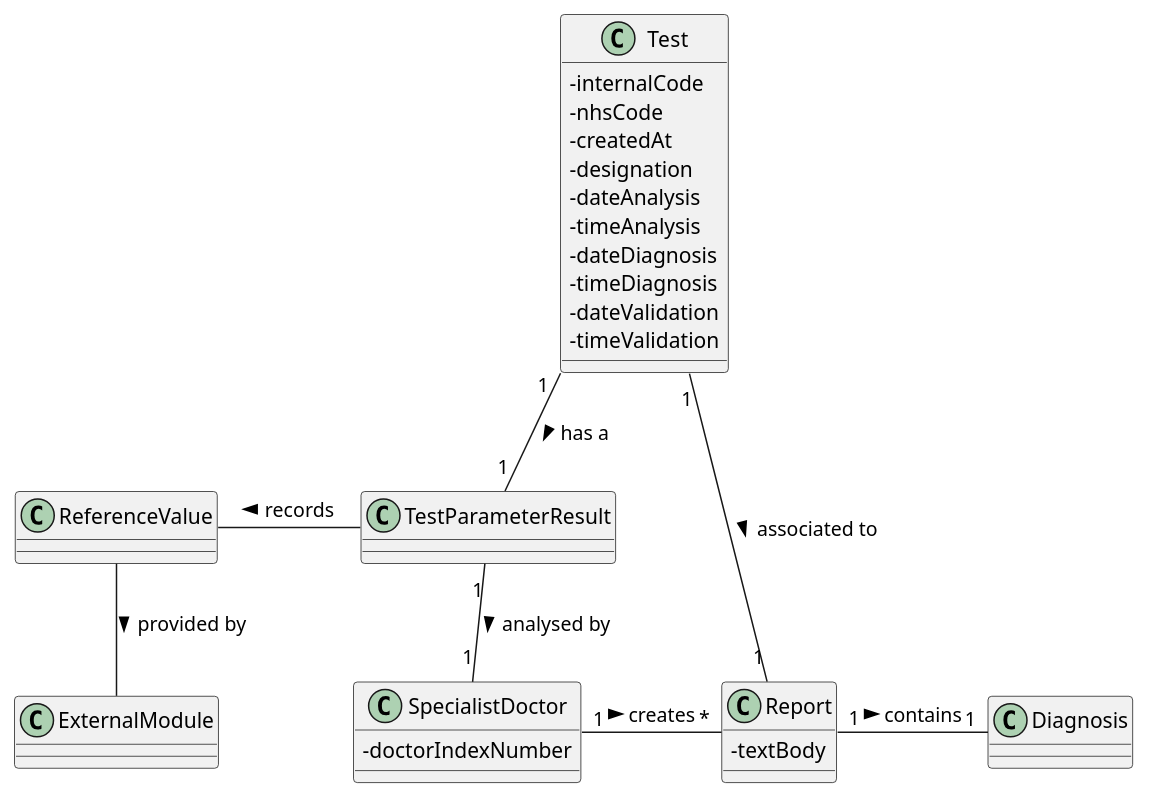
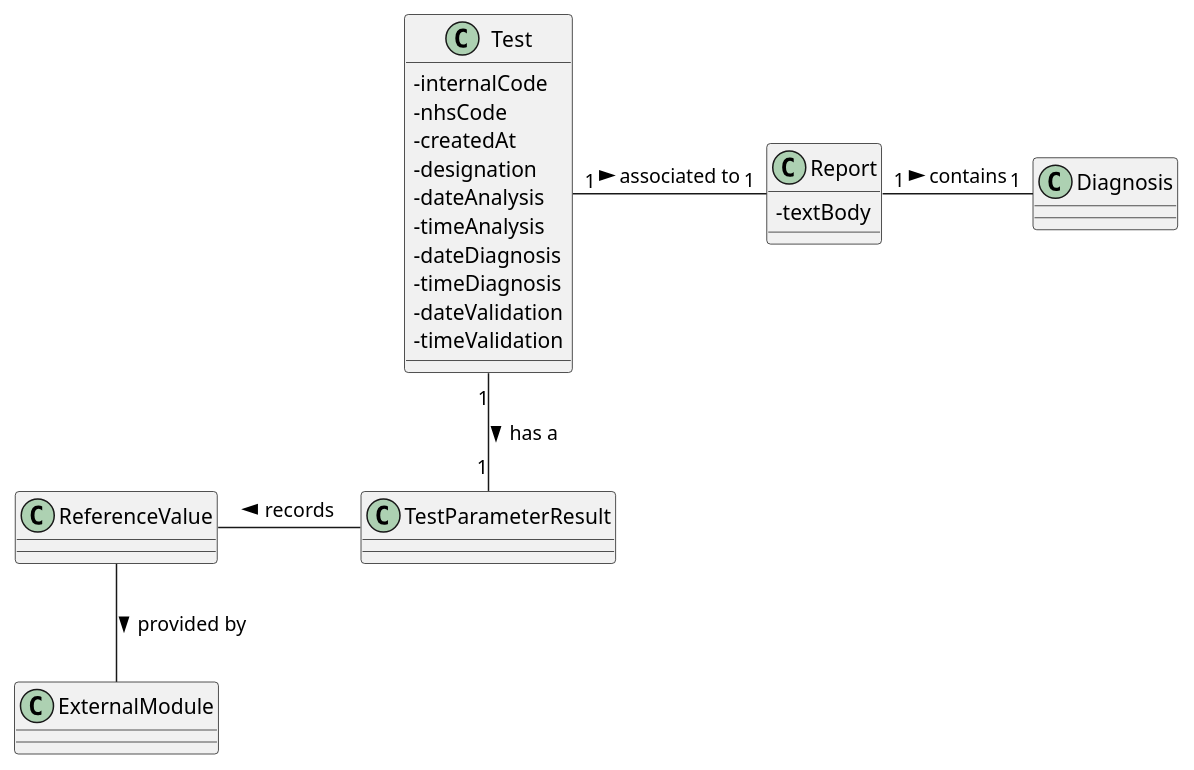
The diagram in docs/SprintC/US14/US14_DM.puml (MadDinosaur/ISEP-LAPR2), drawn with PlantUML before and after one commit. The commit also changed 9 other files, not shown here.

```diff
--- a/docs/SprintC/US14/US14_DM.puml
+++ b/docs/SprintC/US14/US14_DM.puml
@@ -1,36 +1,30 @@
 @startuml
 
 skinparam classAttributeIconSize 0
 
 class Test {
 -internalCode
 -nhsCode
 -createdAt
 -designation
 -dateAnalysis
 -timeAnalysis
 -dateDiagnosis
 -timeDiagnosis
 -dateValidation
 -timeValidation
 }
 
-class SpecialistDoctor {
--doctorIndexNumber
-}
-
 class Diagnosis
 
 class Report {
 -textBody
 }
 
 Test "1"-down-"1" TestParameterResult: has a >
 Test "1"-"1" Report: associated to >
 Report "1"-"1" Diagnosis: contains >
-TestParameterResult "1"-down-"1" SpecialistDoctor: analysed by >
-SpecialistDoctor "1"-right-"*" Report: creates >
 TestParameterResult -left- ReferenceValue: records >
 ReferenceValue -down- ExternalModule: provided by >
 
 @enduml
```
